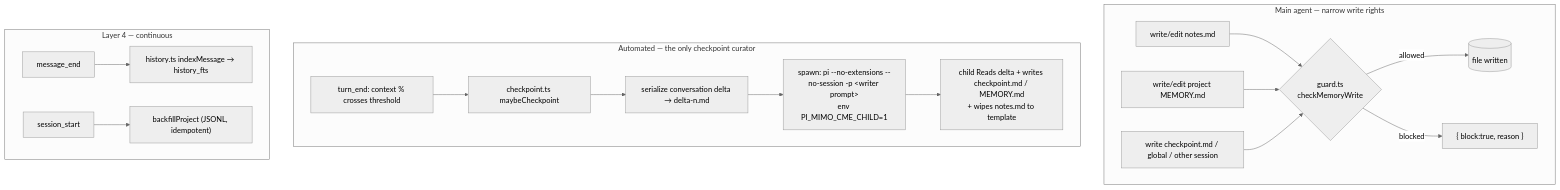
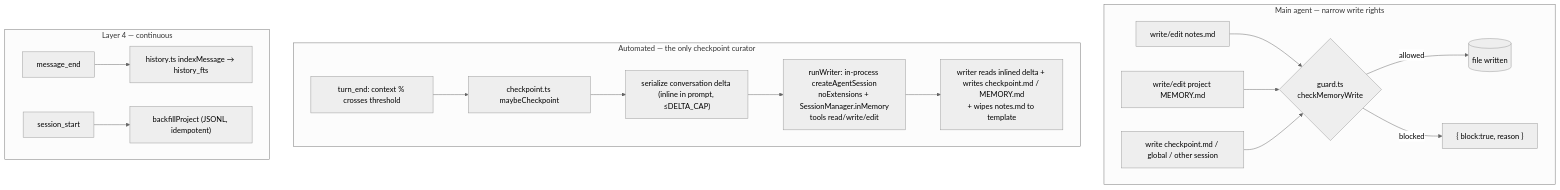
Before and after one commit to underactive/pi-mimo-cme: the fourth of 5 diagrams in docs/ONBOARDING-DEVS.md, drawn with Mermaid (neutral theme). The commit also changed other lines of this file and 13 other files, not shown here.

First line of the commit message:
Run the checkpoint writer in-process instead of a subprocess

````diff
--- a/docs/ONBOARDING-DEVS.md
+++ b/docs/ONBOARDING-DEVS.md
@@ -211,20 +214,20 @@
 ```mermaid
 flowchart TD
     subgraph agent["Main agent — narrow write rights"]
         a1["write/edit notes.md"] --> grd{guard.ts<br/>checkMemoryWrite}
         a2["write/edit project MEMORY.md"] --> grd
         a3["write checkpoint.md / global / other session"] --> grd
         grd -- allowed --> ok[(file written)]
         grd -- blocked --> blk["{ block:true, reason }"]
     end
     subgraph auto["Automated — the only checkpoint curator"]
         t["turn_end: context % crosses threshold"] --> ck[checkpoint.ts maybeCheckpoint]
-        ck --> dlt["serialize conversation delta → delta-n.md"]
-        dlt --> sub["spawn: pi --no-extensions --no-session -p &lt;writer prompt&gt;<br/>env PI_MIMO_CME_CHILD=1"]
-        sub --> wr["child Reads delta + writes checkpoint.md / MEMORY.md<br/>+ wipes notes.md to template"]
+        ck --> dlt["serialize conversation delta (inline in prompt, ≤DELTA_CAP)"]
+        dlt --> sub["runWriter: in-process createAgentSession<br/>noExtensions + SessionManager.inMemory<br/>tools read/write/edit"]
+        sub --> wr["writer reads inlined delta + writes checkpoint.md / MEMORY.md<br/>+ wipes notes.md to template"]
     end
     subgraph hist["Layer 4 — continuous"]
         m["message_end"] --> idx["history.ts indexMessage → history_fts"]
         s["session_start"] --> bf["backfillProject (JSONL, idempotent)"]
     end
 ```
````
